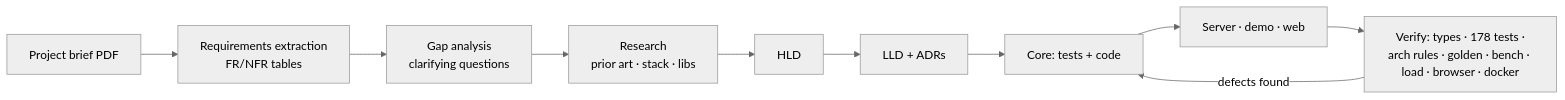
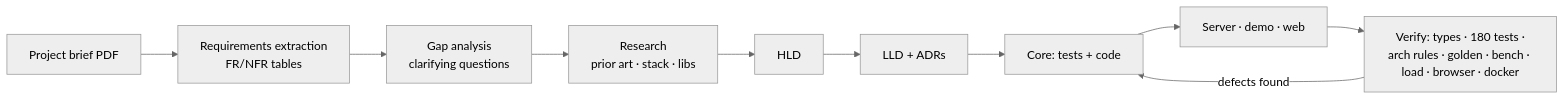
The diagram in docs/ai-process/process.md (SarthakB11/gamenotify), drawn with Mermaid (neutral theme) before and after one commit. The commit also changed 2 other files, not shown here.

Commit message:
docs: refresh coverage figures and the dispatcher row
Coverage is 99.6% core, 97.2% server, 98.8% combined; test count is 180; line counts re-measured.

````diff
--- a/docs/ai-process/process.md
+++ b/docs/ai-process/process.md
@@ -7,12 +7,12 @@
 ```mermaid
 flowchart LR
   A[Project brief PDF] --> B[Requirements extraction<br/>FR/NFR tables]
   B --> C[Gap analysis<br/>clarifying questions]
   C --> D[Research<br/>prior art · stack · libs]
   D --> E[HLD]
   E --> F[LLD + ADRs]
   F --> G[Core: tests + code]
   G --> H[Server · demo · web]
-  H --> I[Verify: types · 178 tests ·<br/>arch rules · golden · bench · load · browser · docker]
+  H --> I[Verify: types · 180 tests ·<br/>arch rules · golden · bench · load · browser · docker]
   I -->|defects found| G
 ```
````
